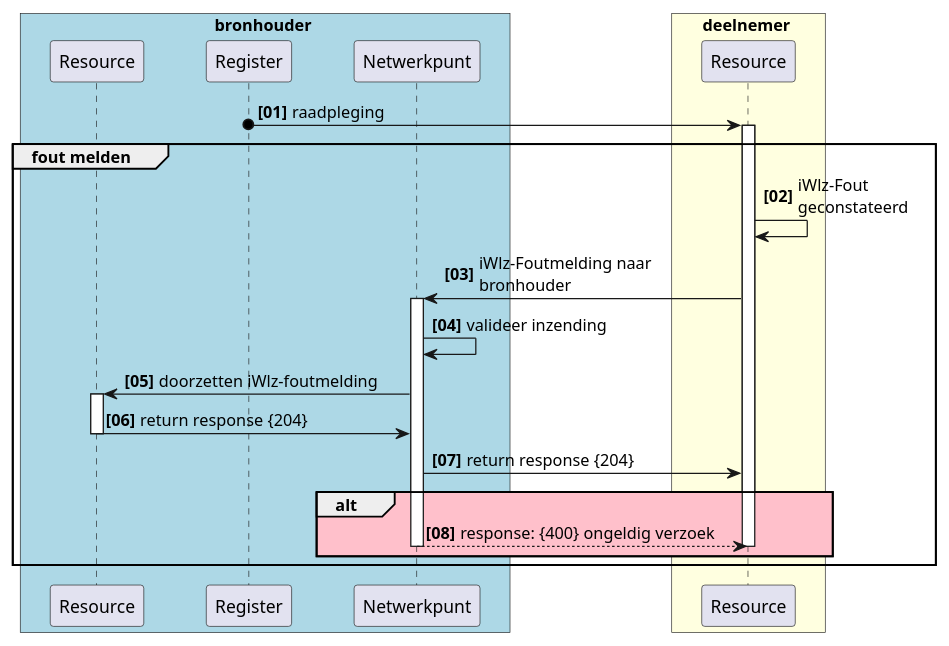
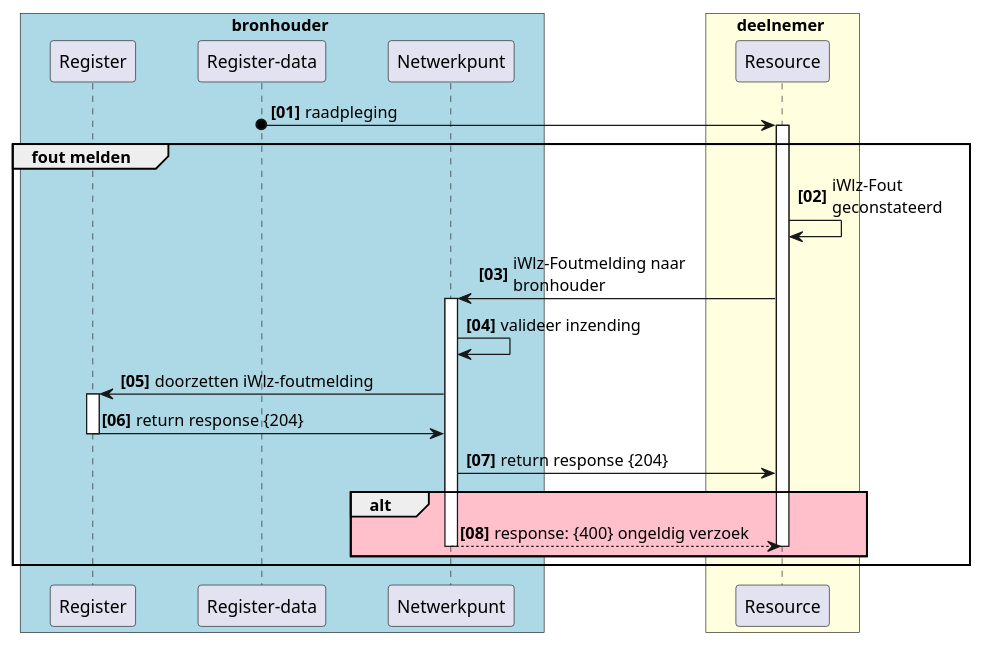
Before and after one commit to iStandaarden/iWlz-RequestForComment: the second of 2 diagrams in RFC/RFC0018 - Melden van fouten in gegevens volgens iStandaard iWlz.md, drawn with PlantUML. The commit also changed other lines of this file and 1 other file, not shown here.

````diff
--- a/RFC/RFC0018 - Melden van fouten in gegevens volgens iStandaard iWlz.md
+++ b/RFC/RFC0018 - Melden van fouten in gegevens volgens iStandaard iWlz.md
@@ -146,40 +162,40 @@
 ```plantuml
 @startuml rfc0018-02-foutmelden
 skinparam handwritten false
 skinparam participantpadding 20
 skinparam boxpadding 40
 autonumber "<b>[00]"
 box bronhouder #lightblue
-participant "Resource" as brs
-participant "Register" as rg
+participant "Register" as brs
+participant "Register-data" as rg
 participant "Netwerkpunt" as bnp 
 end box
 
 box deelnemer #lightyellow
 participant "Resource" as rsrc
 end box
 
 rg o-> rsrc: raadpleging
     activate rsrc
 
 group fout melden
     rsrc -> rsrc: iWlz-Fout \ngeconstateerd
     rsrc -> bnp: iWlz-Foutmelding naar \nbronhouder
     activate bnp
     bnp -> bnp: valideer inzending
     bnp -> brs: doorzetten iWlz-foutmelding
     activate brs
     brs -> bnp: return response {204}
     deactivate brs
     bnp -> rsrc: return response {204}
 
     alt #Pink
       bnp --> rsrc: response: {400} ongeldig verzoek
       deactivate bnp
       deactivate rsrc
     end alt
 
 end
 
 @enduml
 ```
````
